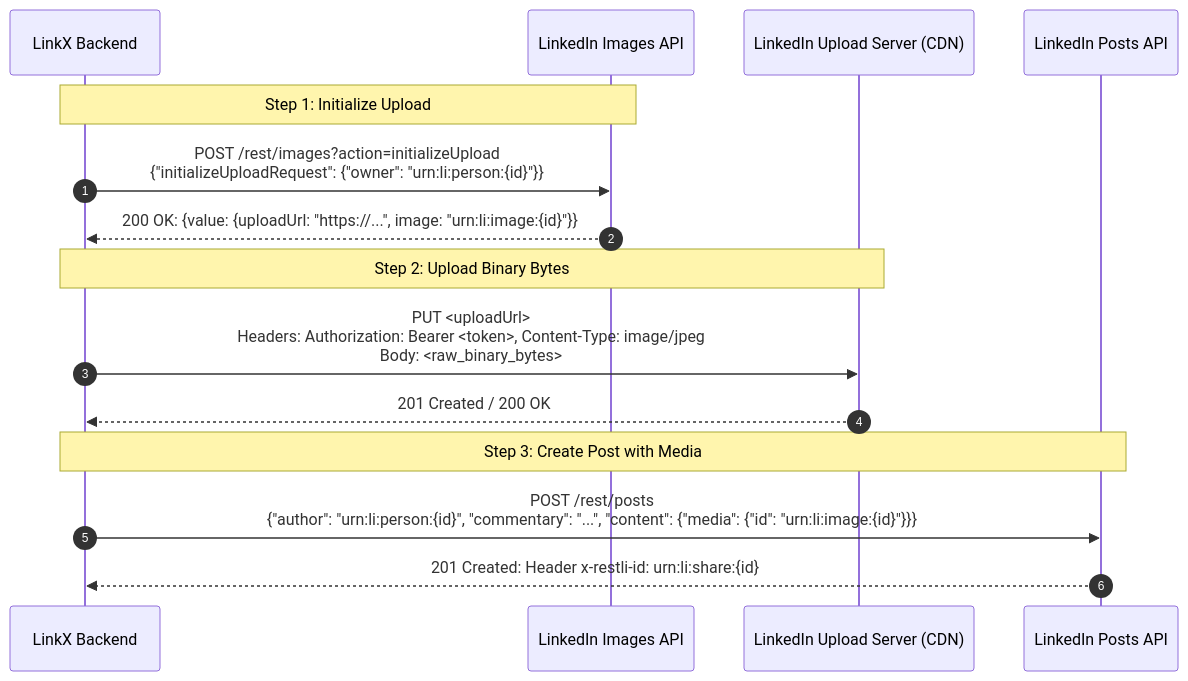
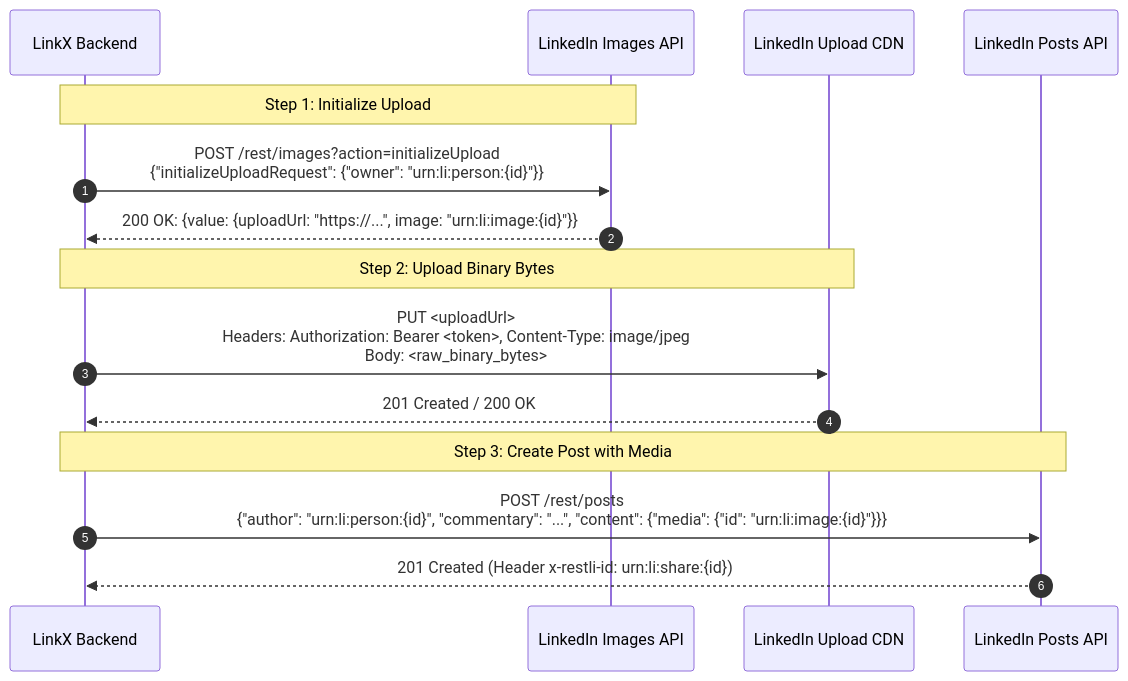
Before and after one commit to AchuAshwath/LinkX: the second of 2 diagrams in docs/research/media_supported_posting.md, drawn with Mermaid. The commit also changed other lines of this file and 49 other files, not shown here.

````diff
--- a/docs/research/media_supported_posting.md
+++ b/docs/research/media_supported_posting.md
@@ -45,20 +97,20 @@
 ```mermaid
 sequenceDiagram
     autonumber
     participant LinkX as LinkX Backend
     participant LI_Images as LinkedIn Images API
-    participant LI_Upload as LinkedIn Upload Server (CDN)
+    participant LI_Upload as LinkedIn Upload CDN
     participant LI_Posts as LinkedIn Posts API
 
     Note over LinkX, LI_Images: Step 1: Initialize Upload
     LinkX->>LI_Images: POST /rest/images?action=initializeUpload<br/>{"initializeUploadRequest": {"owner": "urn:li:person:{id}"}}
     LI_Images-->>LinkX: 200 OK: {value: {uploadUrl: "https://...", image: "urn:li:image:{id}"}}
 
     Note over LinkX, LI_Upload: Step 2: Upload Binary Bytes
     LinkX->>LI_Upload: PUT <uploadUrl><br/>Headers: Authorization: Bearer <token>, Content-Type: image/jpeg<br/>Body: <raw_binary_bytes>
     LI_Upload-->>LinkX: 201 Created / 200 OK
 
     Note over LinkX, LI_Posts: Step 3: Create Post with Media
     LinkX->>LI_Posts: POST /rest/posts<br/>{"author": "urn:li:person:{id}", "commentary": "...", "content": {"media": {"id": "urn:li:image:{id}"}}}
-    LI_Posts-->>LinkX: 201 Created: Header x-restli-id: urn:li:share:{id}
+    LI_Posts-->>LinkX: 201 Created (Header x-restli-id: urn:li:share:{id})
 ```
````
